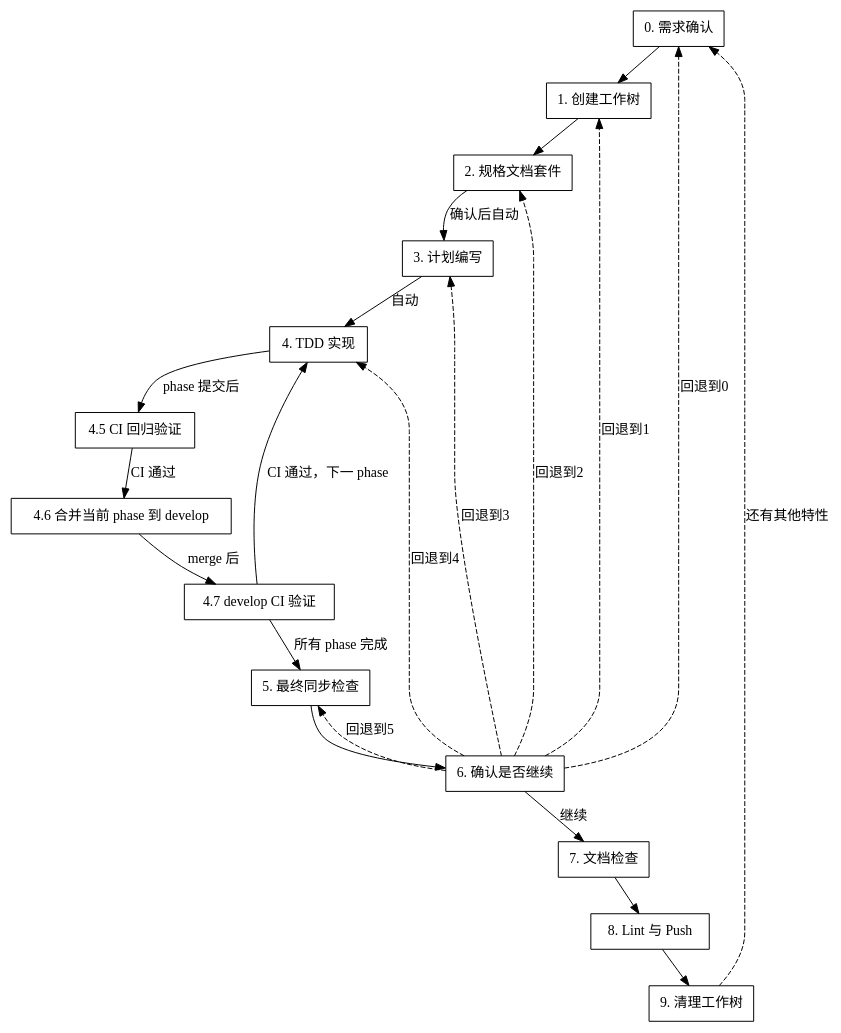
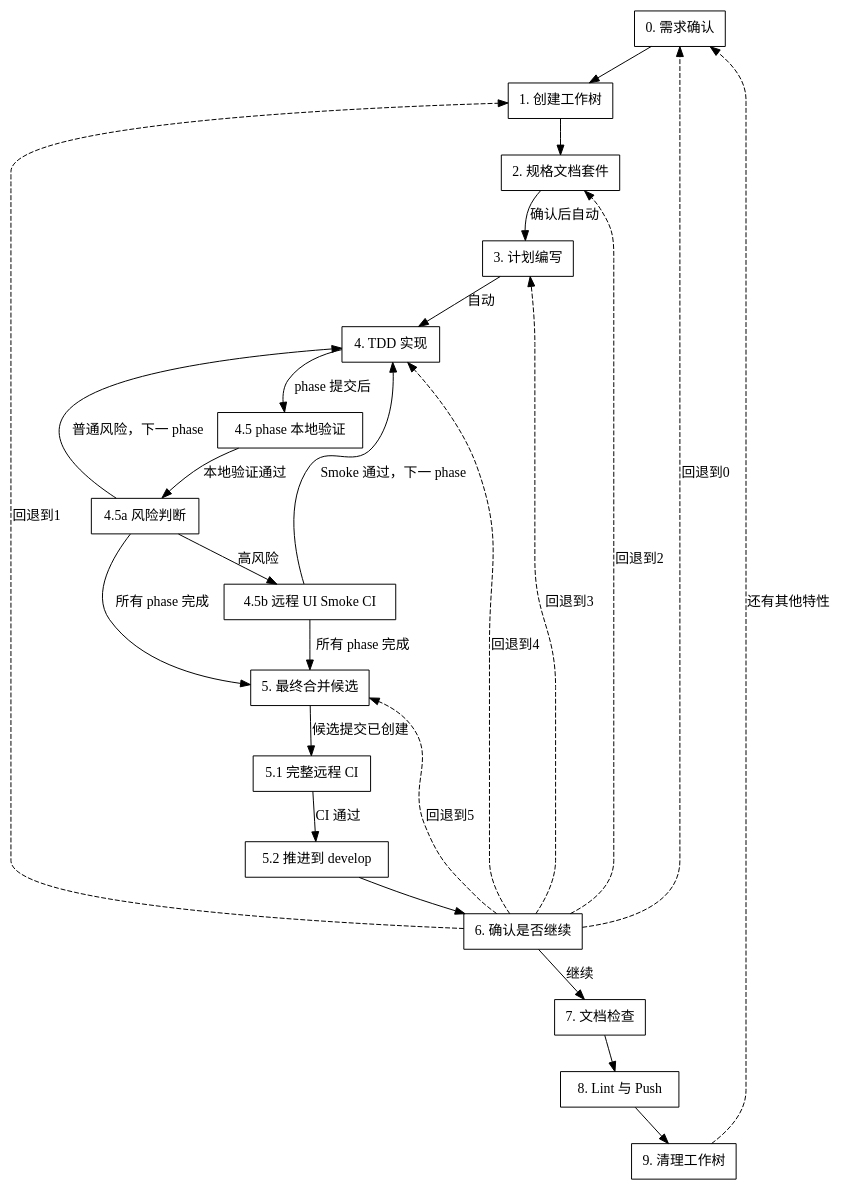
One commit to marcocpt/trae_skills changed the diagram in dd-feature-development-workflow/SKILL.md. Above: the diagram before and after it, drawn with Graphviz. The commit also changed other lines of this file and 2 other files, not shown here.

First line of the commit message:
refactor: 三层增量验证替代 per-phase merge + 双重 CI

````diff
--- a/dd-feature-development-workflow/SKILL.md
+++ b/dd-feature-development-workflow/SKILL.md
@@ -22,26 +22,30 @@
 ```dot
 digraph feature_development_workflow {
     rankdir=TB;
     node [shape=box];
     "0. 需求确认" -> "1. 创建工作树";
     "1. 创建工作树" -> "2. 规格文档套件";
     "2. 规格文档套件" -> "3. 计划编写" [label="确认后自动"];
     "3. 计划编写" -> "4. TDD 实现" [label="自动"];
-    "4. TDD 实现" -> "4.5 CI 回归验证" [label="phase 提交后"];
-    "4.5 CI 回归验证" -> "4.6 合并当前 phase 到 develop" [label="CI 通过"];
-    "4.6 合并当前 phase 到 develop" -> "4.7 develop CI 验证" [label="merge 后"];
-    "4.7 develop CI 验证" -> "4. TDD 实现" [label="CI 通过，下一 phase"];
-    "4.7 develop CI 验证" -> "5. 最终同步检查" [label="所有 phase 完成"];
-    "5. 最终同步检查" -> "6. 确认是否继续";
+    "4. TDD 实现" -> "4.5 phase 本地验证" [label="phase 提交后"];
+    "4.5 phase 本地验证" -> "4.5a 风险判断" [label="本地验证通过"];
+    "4.5a 风险判断" -> "4.5b 远程 UI Smoke CI" [label="高风险"];
+    "4.5a 风险判断" -> "4. TDD 实现" [label="普通风险，下一 phase"];
+    "4.5b 远程 UI Smoke CI" -> "4. TDD 实现" [label="Smoke 通过，下一 phase"];
+    "4.5a 风险判断" -> "5. 最终合并候选" [label="所有 phase 完成"];
+    "4.5b 远程 UI Smoke CI" -> "5. 最终合并候选" [label="所有 phase 完成"];
+    "5. 最终合并候选" -> "5.1 完整远程 CI" [label="候选提交已创建"];
+    "5.1 完整远程 CI" -> "5.2 推进到 develop" [label="CI 通过"];
+    "5.2 推进到 develop" -> "6. 确认是否继续";
     "6. 确认是否继续" -> "7. 文档检查" [label="继续"];
     "6. 确认是否继续" -> "0. 需求确认" [label="回退到0", style=dashed];
     "6. 确认是否继续" -> "1. 创建工作树" [label="回退到1", style=dashed];
     "6. 确认是否继续" -> "2. 规格文档套件" [label="回退到2", style=dashed];
     "6. 确认是否继续" -> "3. 计划编写" [label="回退到3", style=dashed];
     "6. 确认是否继续" -> "4. TDD 实现" [label="回退到4", style=dashed];
-    "6. 确认是否继续" -> "5. 最终同步检查" [label="回退到5", style=dashed];
+    "6. 确认是否继续" -> "5. 最终合并候选" [label="回退到5", style=dashed];
     "7. 文档检查" -> "8. Lint 与 Push";
     "8. Lint 与 Push" -> "9. 清理工作树";
     "9. 清理工作树" -> "0. 需求确认" [label="还有其他特性", style=dashed];
 }
 ```
````
